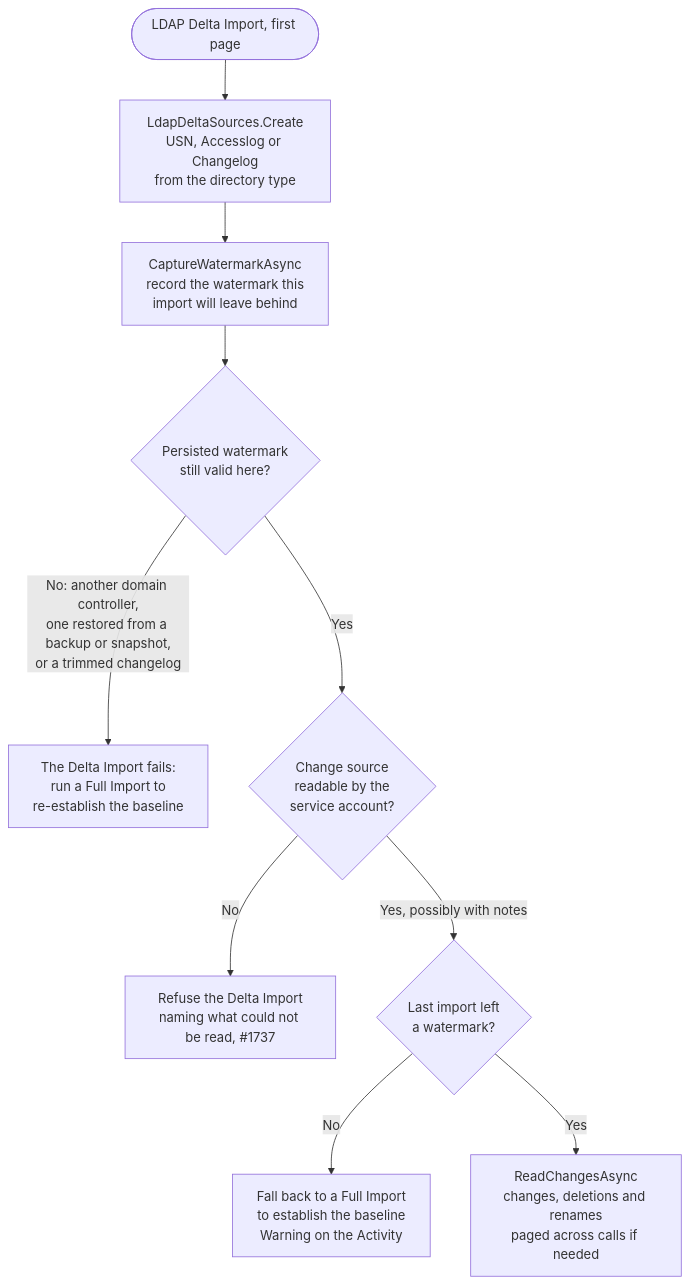
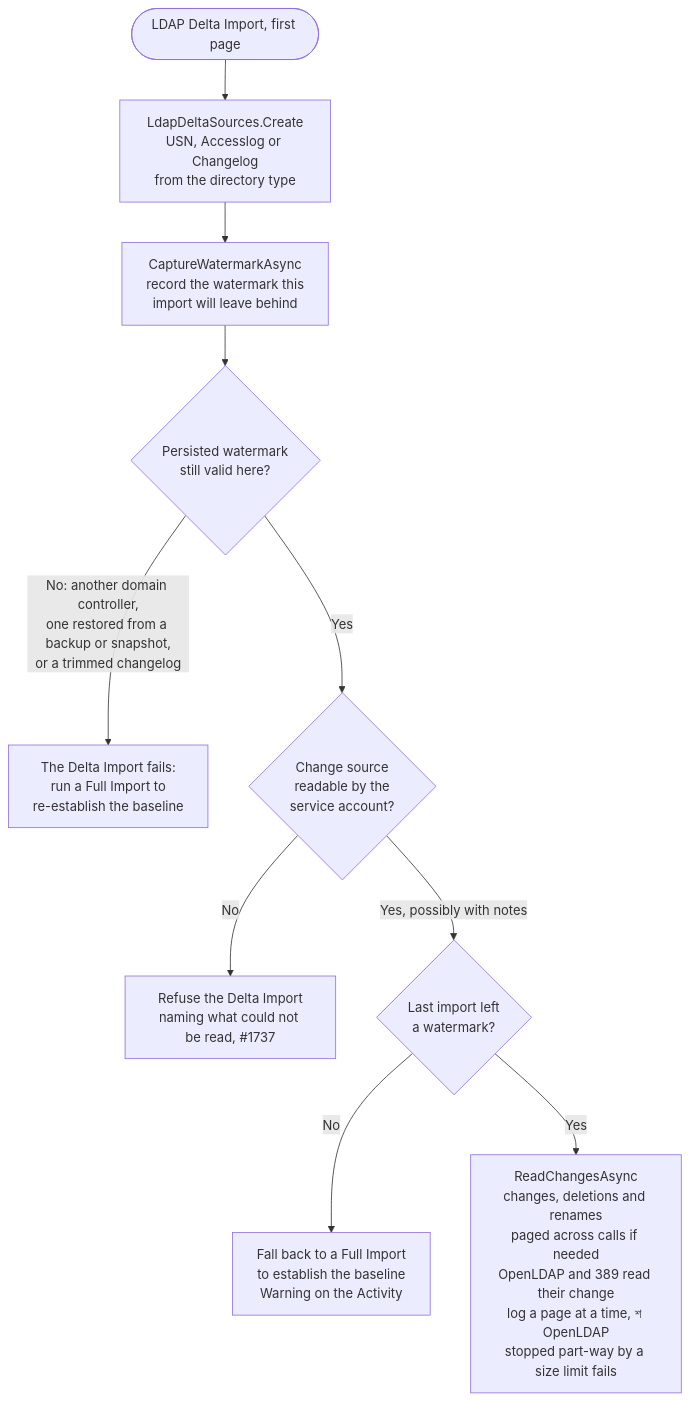
Before and after one commit to TetronIO/JIM: the fourth of 7 diagrams in engineering/developer/diagrams/CONNECTOR_LIFECYCLE.md, drawn with Mermaid. The commit also changed other lines of this file and 10 other files, not shown here.

````diff
--- a/engineering/developer/diagrams/CONNECTOR_LIFECYCLE.md
+++ b/engineering/developer/diagrams/CONNECTOR_LIFECYCLE.md
@@ -106,12 +116,12 @@
 ```mermaid
 flowchart TD
     Start([LDAP Delta Import, first page]) --> Pick[LdapDeltaSources.Create<br/>USN, Accesslog or Changelog<br/>from the directory type]
     Pick --> Capture[CaptureWatermarkAsync<br/>record the watermark this<br/>import will leave behind]
     Capture --> Continuity{Persisted watermark<br/>still valid here?}
     Continuity -->|No: another domain controller,<br/>one restored from a backup or snapshot,<br/>or a trimmed changelog| Refuse[The Delta Import fails:<br/>run a Full Import to<br/>re-establish the baseline]
     Continuity -->|Yes| Ready{Change source<br/>readable by the<br/>service account?}
     Ready -->|No| RefuseRead[Refuse the Delta Import<br/>naming what could not be read, #1737]
     Ready -->|Yes, possibly with notes| Baseline{Last import left<br/>a watermark?}
     Baseline -->|No| Fallback[Fall back to a Full Import<br/>to establish the baseline<br/>Warning on the Activity]
-    Baseline -->|Yes| Read[ReadChangesAsync<br/>changes, deletions and renames<br/>paged across calls if needed]
+    Baseline -->|Yes| Read[ReadChangesAsync<br/>changes, deletions and renames<br/>paged across calls if needed<br/>OpenLDAP and 389 read their change<br/>log a page at a time, #2486; OpenLDAP<br/>stopped part-way by a size limit fails]
 ```
````
